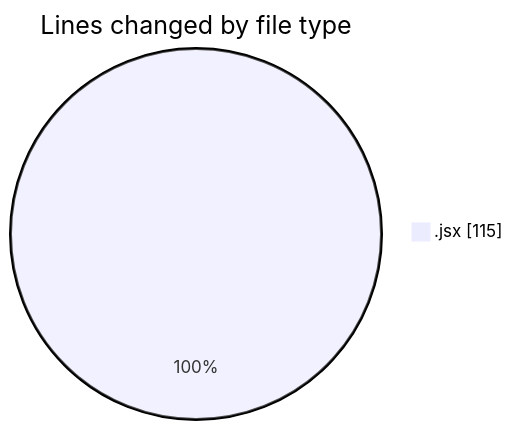
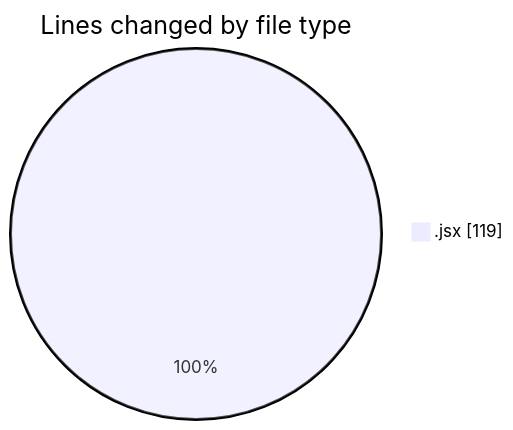
One commit to Elitesun/code-tracking changed the first of 2 diagrams in 2025-02-06/react_ecom/README.md. Above: the diagram before and after it, drawn with Mermaid. The commit also changed other lines of this file and 1 other file, not shown here.

````diff
--- a/2025-02-06/react_ecom/README.md
+++ b/2025-02-06/react_ecom/README.md
@@ -22,5 +22,5 @@
 ```mermaid
 pie showData
 title Lines changed by file type
-".jsx" : 115
+".jsx" : 119
 ```
````
